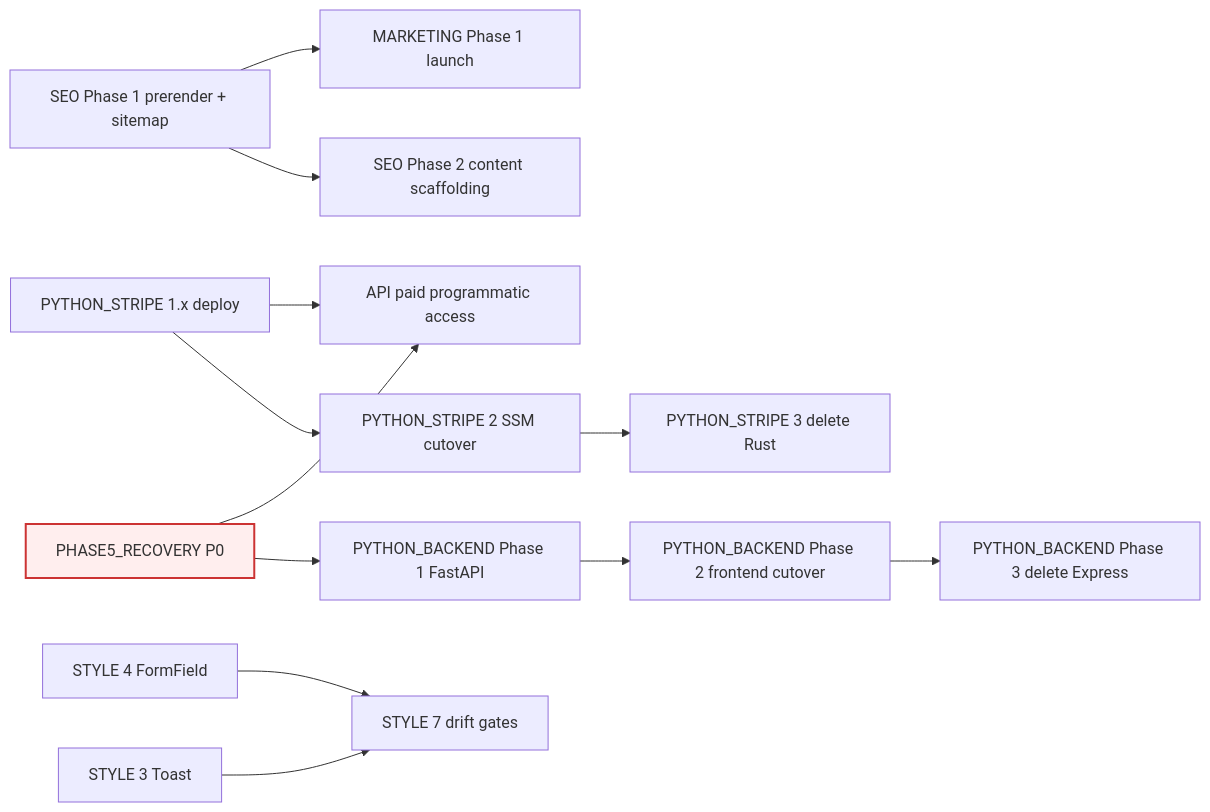
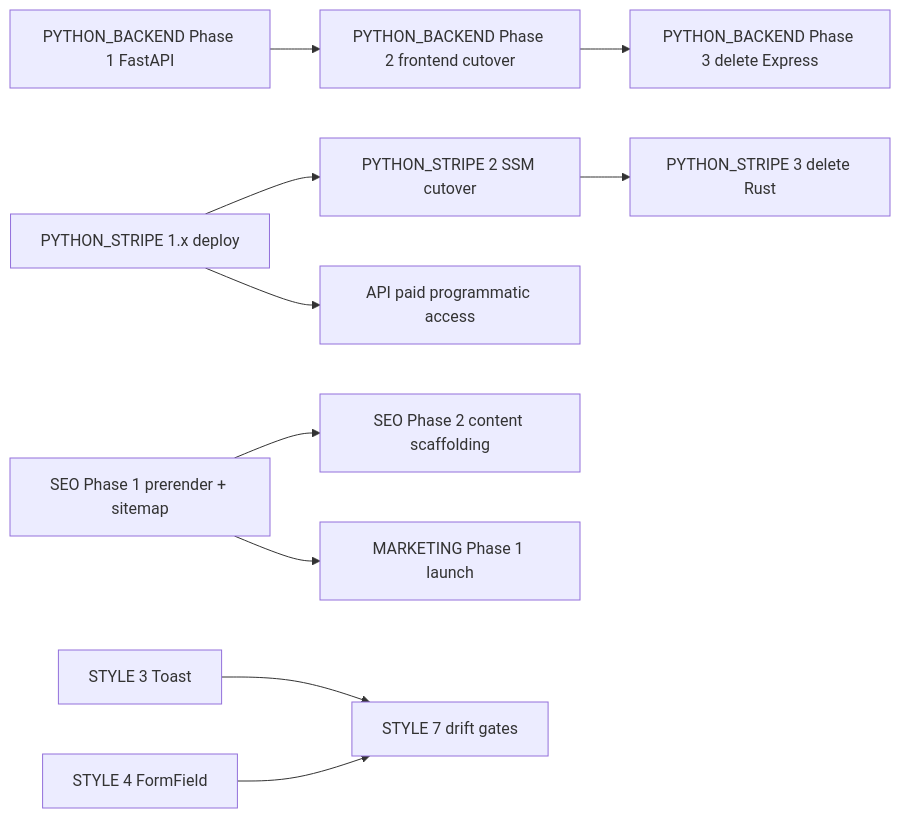
Before and after one commit to JimothyJohn/specodex: the first of 2 diagrams in todo/README.md, drawn with Mermaid. The commit also changed other lines of this file and 17 other files, not shown here.

````diff
--- a/todo/README.md
+++ b/todo/README.md
@@ -130,29 +205,24 @@
 ```mermaid
 graph LR
-    P5[PHASE5_RECOVERY P0]
     PB1[PYTHON_BACKEND Phase 1 FastAPI]
     PB2[PYTHON_BACKEND Phase 2 frontend cutover]
     PB3[PYTHON_BACKEND Phase 3 delete Express]
     S1[PYTHON_STRIPE 1.x deploy]
     S2[PYTHON_STRIPE 2 SSM cutover]
     S3[PYTHON_STRIPE 3 delete Rust]
     SEO1[SEO Phase 1 prerender + sitemap]
     SEO2[SEO Phase 2 content scaffolding]
     MK[MARKETING Phase 1 launch]
     API[API paid programmatic access]
     ST3[STYLE 3 Toast]
     ST4[STYLE 4 FormField]
     ST7[STYLE 7 drift gates]
 
-    P5 --> PB1 --> PB2 --> PB3
-    P5 --> API
+    PB1 --> PB2 --> PB3
     S1 --> S2 --> S3
     S1 --> API
     SEO1 --> SEO2
     SEO1 --> MK
     ST3 --> ST7
     ST4 --> ST7
-
-    classDef p0 fill:#fee,stroke:#c33,stroke-width:2px
-    class P5 p0
 ```
````
